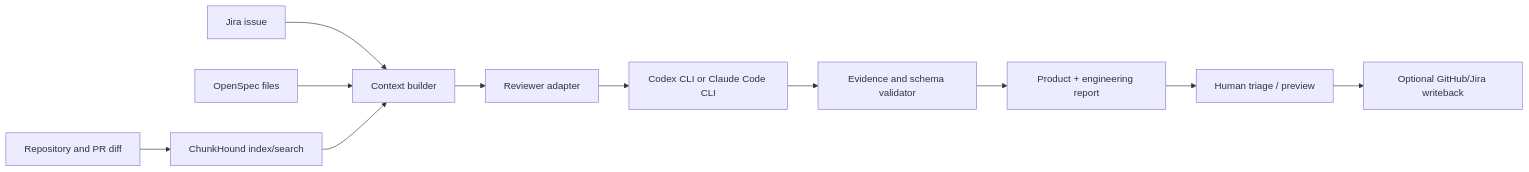
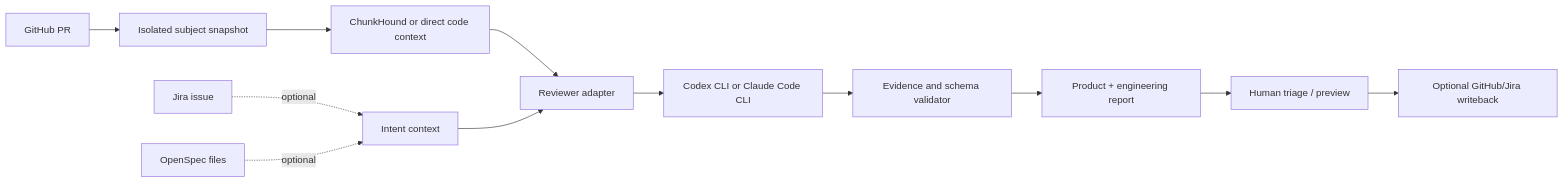
The diagram in docs/implementation-plan.md (Bug03/specbridge), drawn with Mermaid before and after one commit. The commit also changed other lines of this file and 9 other files, not shown here.

````diff
--- a/docs/implementation-plan.md
+++ b/docs/implementation-plan.md
@@ -22,13 +22,14 @@
 ```mermaid
 flowchart LR
-  J[Jira issue] --> C[Context builder]
-  O[OpenSpec files] --> C
-  R[Repository and PR diff] --> I[ChunkHound index/search]
-  I --> C
-  C --> A[Reviewer adapter]
+  R[GitHub PR] --> S[Isolated subject snapshot]
+  S --> I[ChunkHound or direct code context]
+  J[Jira issue] -. optional .-> C[Intent context]
+  O[OpenSpec files] -. optional .-> C
+  I --> A[Reviewer adapter]
+  C --> A
   A --> X[Codex CLI or Claude Code CLI]
   X --> V[Evidence and schema validator]
   V --> P[Product + engineering report]
   P --> H[Human triage / preview]
   H --> G[Optional GitHub/Jira writeback]
 ```
````
